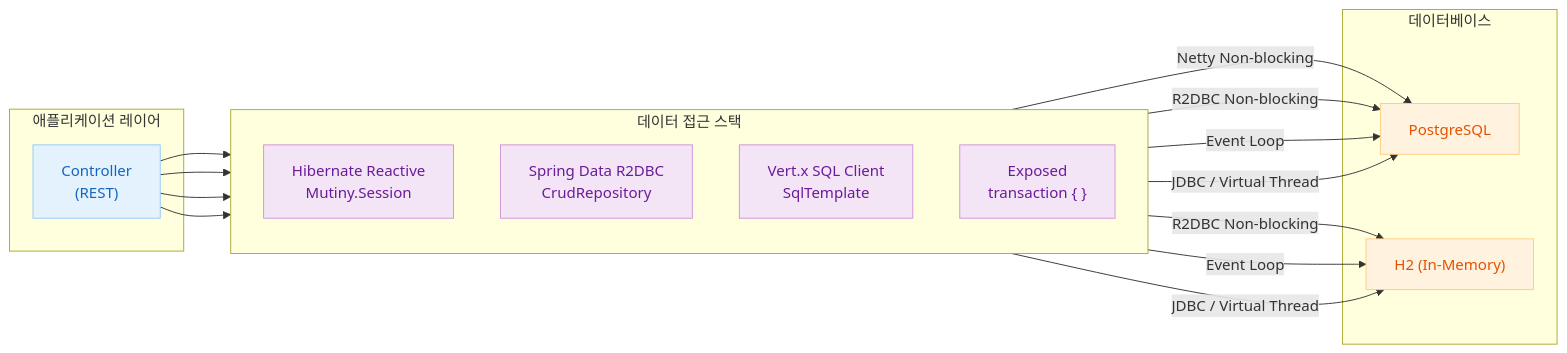
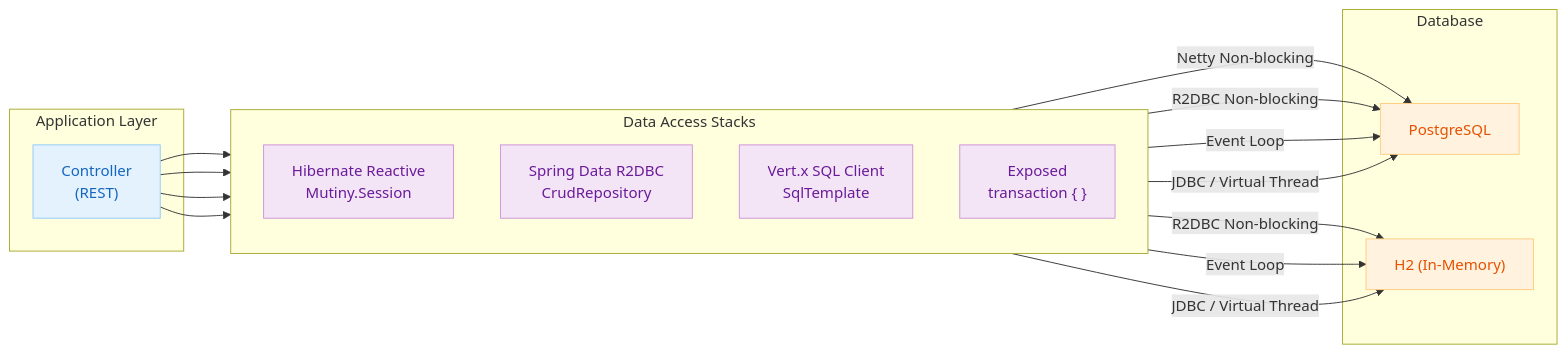
The diagram in 02-alternatives-to-jpa/README.md (bluetape4k/exposed-workshop), drawn with Mermaid before and after one commit. The commit also changed other lines of this file and 115 other files, not shown here.

````diff
--- a/02-alternatives-to-jpa/README.md
+++ b/02-alternatives-to-jpa/README.md
@@ -40,33 +42,33 @@
 ```mermaid
 flowchart LR
-    subgraph App["애플리케이션 레이어"]
+    subgraph App["Application Layer"]
         Controller["Controller\n(REST)"]
     end
 
-    subgraph Stacks["데이터 접근 스택"]
+    subgraph Stacks["Data Access Stacks"]
         direction TB
         HR["Hibernate Reactive\nMutiny.Session"]
         R2["Spring Data R2DBC\nCrudRepository"]
         VX["Vert.x SQL Client\nSqlTemplate"]
         EX["Exposed\ntransaction { }"]
     end
 
-    subgraph DB["데이터베이스"]
+    subgraph DB["Database"]
         PG["PostgreSQL"]
         H2["H2 (In-Memory)"]
     end
 
     Controller --> HR & R2 & VX & EX
     HR -->|Netty Non-blocking| PG
     R2 -->|R2DBC Non-blocking| PG & H2
     VX -->|Event Loop| PG & H2
     EX -->|JDBC / Virtual Thread| PG & H2
 
     classDef blue fill:#E3F2FD,stroke:#90CAF9,color:#1565C0
     classDef purple fill:#F3E5F5,stroke:#CE93D8,color:#6A1B9A
     classDef orange fill:#FFF3E0,stroke:#FFCC80,color:#E65100
 
     class Controller blue
     class HR,R2,VX,EX purple
     class PG,H2 orange
 ```
````
